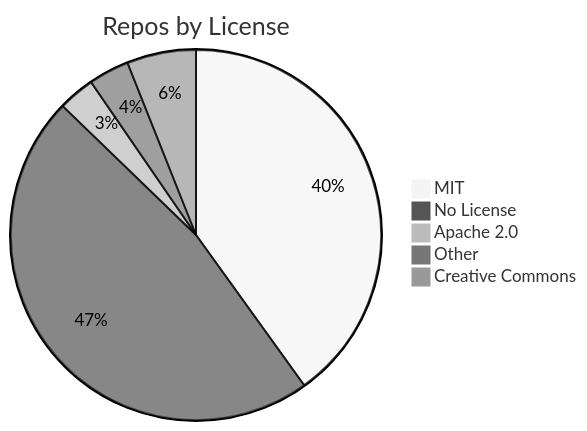
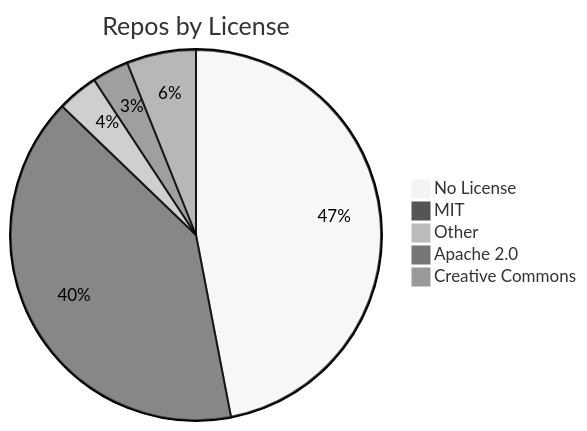
Before and after one commit to jpatterson933/awesome-mcp-server-repo-index: the diagram in README.md, drawn with Mermaid (neutral theme). The commit also changed other lines of this file and 3 other files, not shown here.

````diff
--- a/README.md
+++ b/README.md
@@ -29,8 +29,8 @@
 ```mermaid
 pie title Repos by License
+    "No License" : 132
     "MIT" : 113
-    "No License" : 133
+    "Other" : 10
     "Apache 2.0" : 9
-    "Other" : 10
     "Creative Commons" : 17
 ```
````
